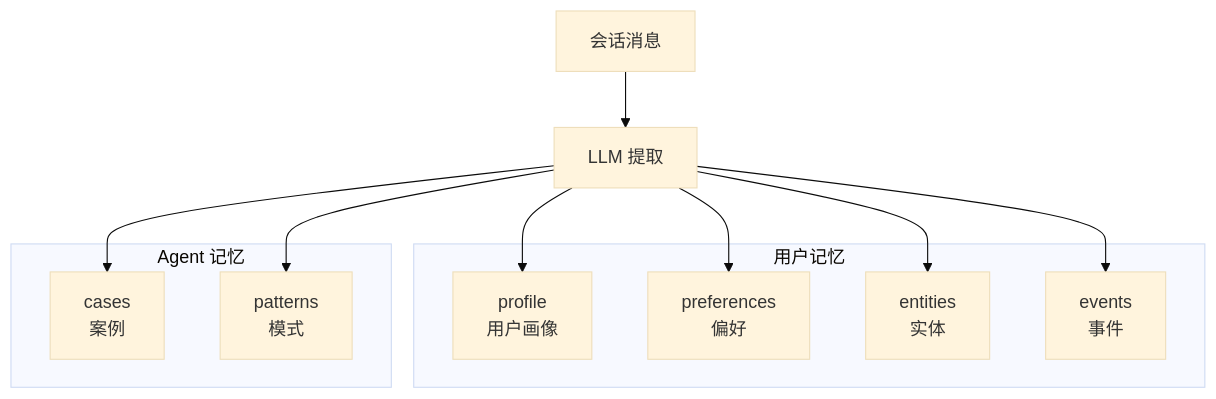
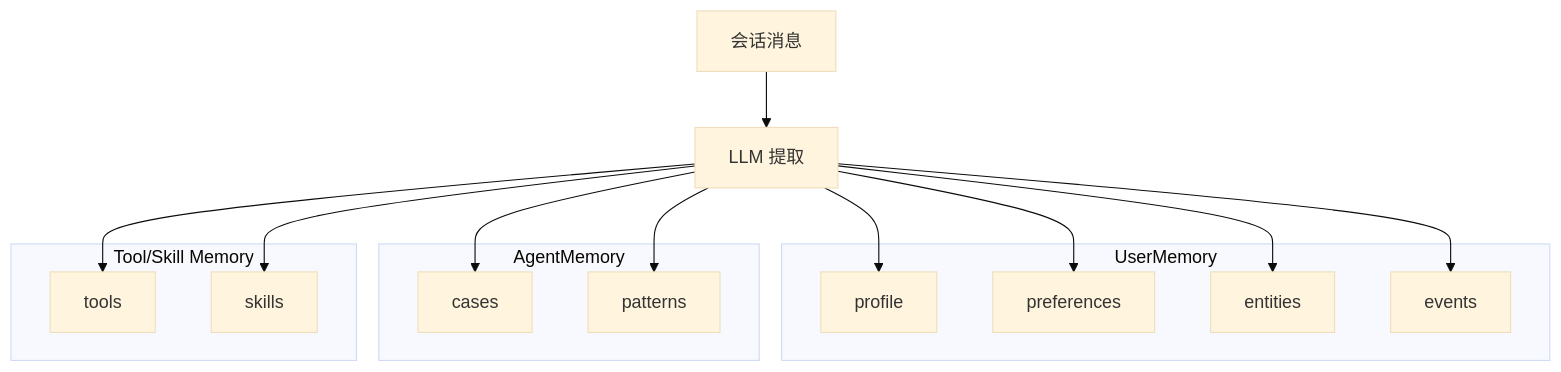
One commit to caicongyang/bloger changed the fifth of 9 diagrams in openviking/05-会话管理详解.md. Above: the diagram before and after it, drawn with Mermaid (base theme). The commit also changed other lines of this file and 10 other files, not shown here.

````diff
--- a/openviking/05-会话管理详解.md
+++ b/openviking/05-会话管理详解.md
@@ -242,23 +263,30 @@
 ```mermaid
 flowchart TB
-    subgraph UserMemory["用户记忆"]
-        Profile["profile<br/>用户画像"]
-        Pref["preferences<br/>偏好"]
-        Entities["entities<br/>实体"]
-        Events["events<br/>事件"]
+    subgraph UserMemory["UserMemory"]
+        Profile[profile]
+        Pref[preferences]
+        Entities[entities]
+        Events[events]
     end
-    
-    subgraph AgentMemory["Agent 记忆"]
-        Cases["cases<br/>案例"]
-        Patterns["patterns<br/>模式"]
+
+    subgraph AgentMemory["AgentMemory"]
+        Cases[cases]
+        Patterns[patterns]
     end
-    
+
+    subgraph ToolSkill["Tool/Skill Memory"]
+        Tools[tools]
+        Skills[skills]
+    end
+
     Session[会话消息] --> Extract[LLM 提取]
-    
+
     Extract --> Profile
     Extract --> Pref
     Extract --> Entities
     Extract --> Events
     Extract --> Cases
     Extract --> Patterns
+    Extract --> Tools
+    Extract --> Skills
 ```
````
